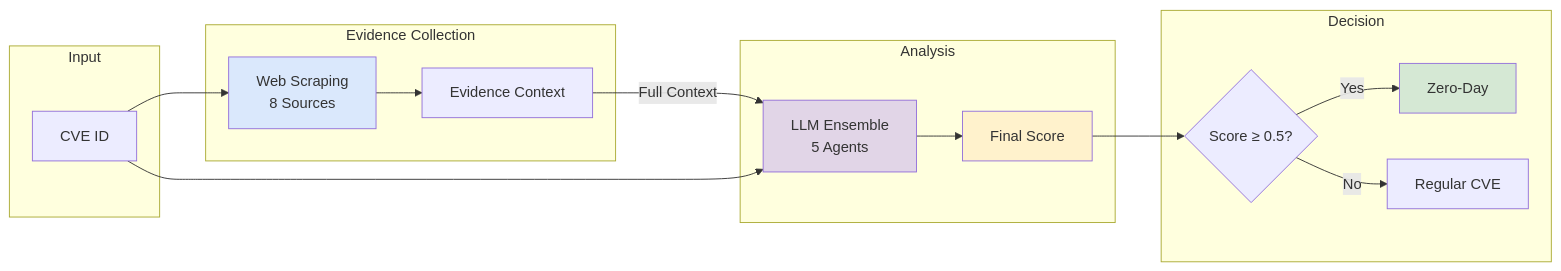
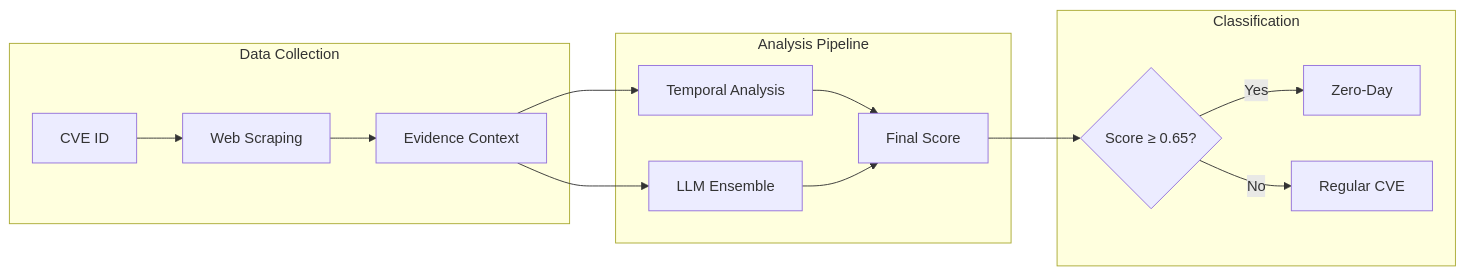
Before and after one commit to lodetomasi/zero-day-llm-ensemble: the diagram in README.md, drawn with Mermaid. The commit also changed other lines of this file and 1 other file, not shown here.

First line of the commit message:
Update README and fix score tracking in test script

````diff
--- a/README.md
+++ b/README.md
@@ -79,28 +92,20 @@
 ```mermaid
 graph LR
-    subgraph "Input"
-        CVE[CVE ID]
+    subgraph "Data Collection"
+        CVE[CVE ID] --> WS[Web Scraping]
+        WS --> EC[Evidence Context]
     end
     
-    subgraph "Evidence Collection"
-        CVE --> Web[Web Scraping<br/>8 Sources]
-        Web --> Evidence[Evidence Context]
+    subgraph "Analysis Pipeline"
+        EC --> TA[Temporal Analysis]
+        EC --> LLM[LLM Ensemble]
+        TA --> Score[Final Score]
+        LLM --> Score
     end
     
-    subgraph "Analysis"
-        Evidence --> |Full Context| LLM[LLM Ensemble<br/>5 Agents]
-        CVE --> LLM
-        LLM --> Score[Final Score]
+    subgraph "Classification"
+        Score --> Threshold{Score ≥ 0.65?}
+        Threshold -->|Yes| ZD[Zero-Day]
+        Threshold -->|No| Regular[Regular CVE]
     end
-    
-    subgraph "Decision"
-        Score --> Thresh{Score ≥ 0.5?}
-        Thresh -->|Yes| ZD[Zero-Day]
-        Thresh -->|No| Reg[Regular CVE]
-    end
-    
-    style Web fill:#dae8fc
-    style LLM fill:#e1d5e7
-    style Score fill:#fff2cc
-    style ZD fill:#d5e8d4
 ```
````
